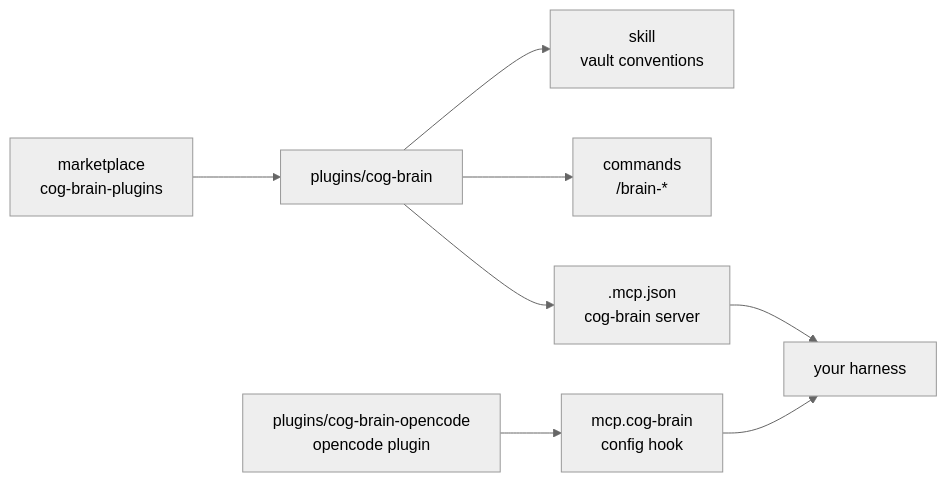
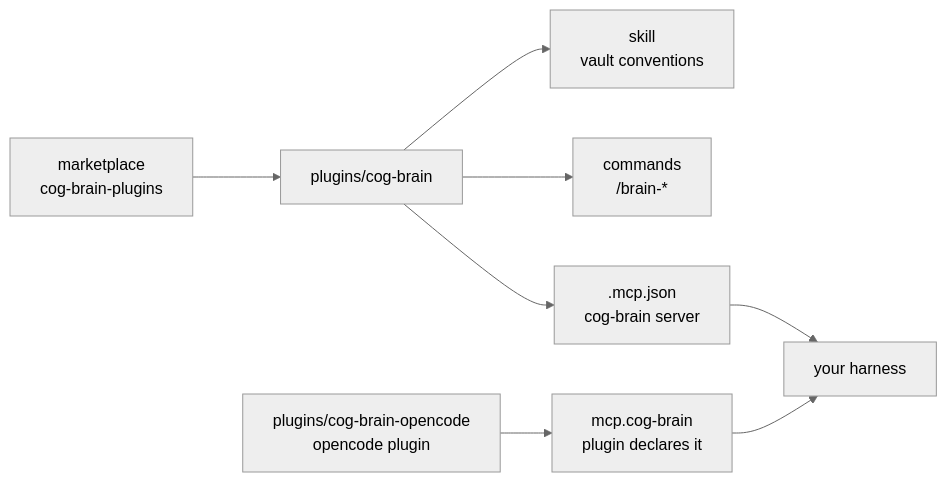
One commit to cog-sh/cog-brain-plugins changed the diagram in README.md. Above: the diagram before and after it, drawn with Mermaid (neutral theme). The commit also changed other lines of this file and 4 other files, not shown here.

First line of the commit message:
opencode plugin: support the opencode 2.x plugin API

````diff
--- a/README.md
+++ b/README.md
@@ -84,10 +85,10 @@
 ```mermaid
 flowchart LR
   M["marketplace<br/>cog-brain-plugins"] --> P["plugins/cog-brain"]
   P --> S["skill<br/>vault conventions"]
   P --> C["commands<br/>/brain-*"]
   P --> X[".mcp.json<br/>cog-brain server"]
   X --> H["your harness"]
-  O["plugins/cog-brain-opencode<br/>opencode plugin"] --> Y["mcp.cog-brain<br/>config hook"]
+  O["plugins/cog-brain-opencode<br/>opencode plugin"] --> Y["mcp.cog-brain<br/>plugin declares it"]
   Y --> H
 ```
````
